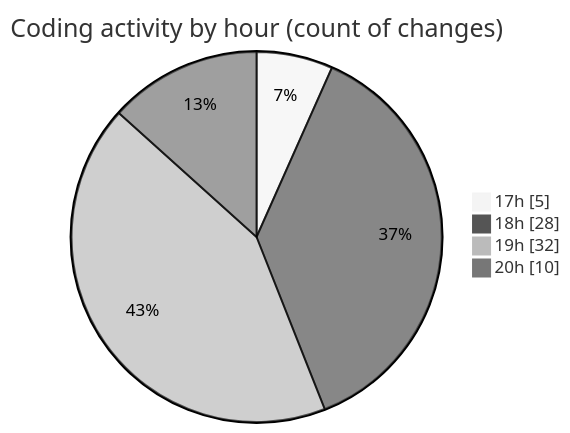
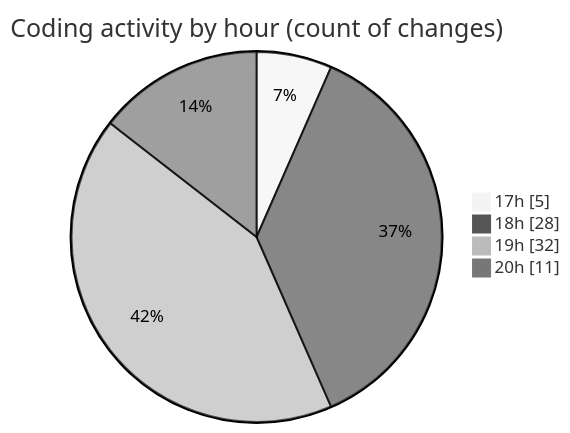
One commit to donsfak/code-tracking changed the second of 2 diagrams in 2025-01-01/uber_clone/README.md. Above: the diagram before and after it, drawn with Mermaid (neutral theme). The commit also changed other lines of this file and 1 other file, not shown here.

````diff
--- a/2025-01-01/uber_clone/README.md
+++ b/2025-01-01/uber_clone/README.md
@@ -41,8 +41,8 @@
 ```mermaid
 pie showData
 title Coding activity by hour (count of changes)
 "17h" : 5
 "18h" : 28
 "19h" : 32
-"20h" : 10
+"20h" : 11
 ```
````
